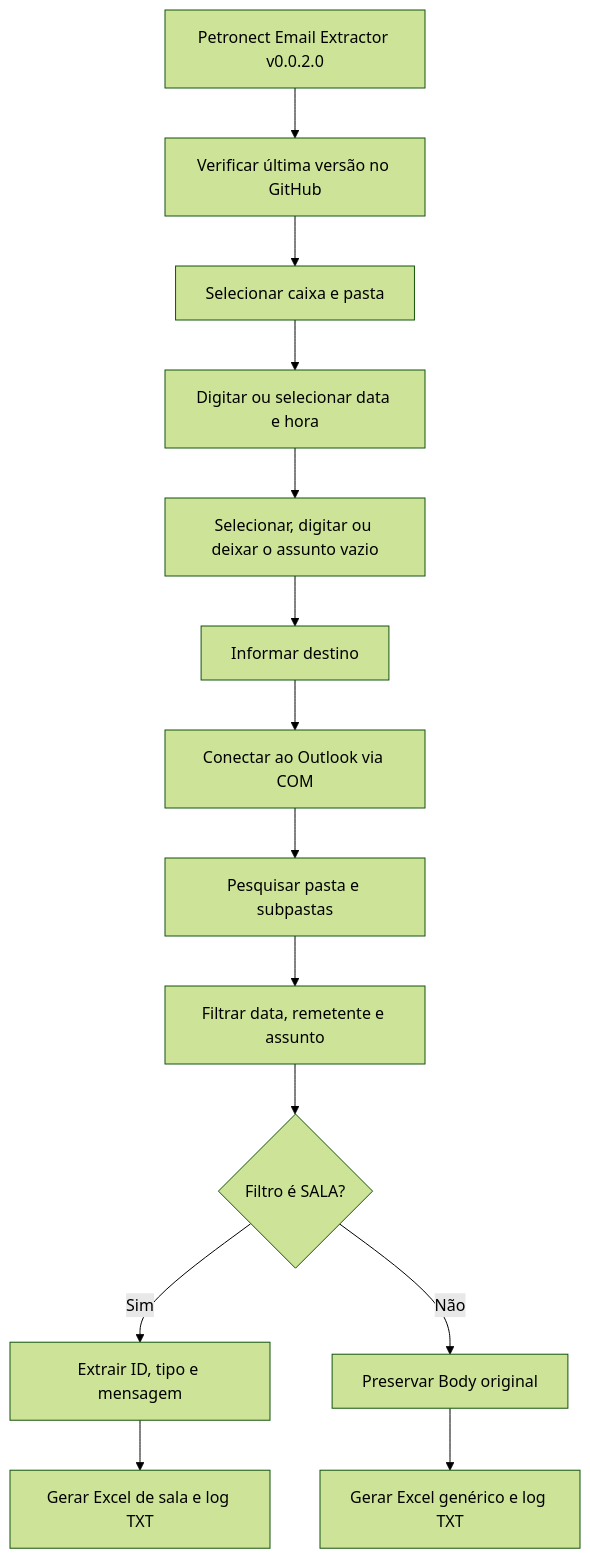
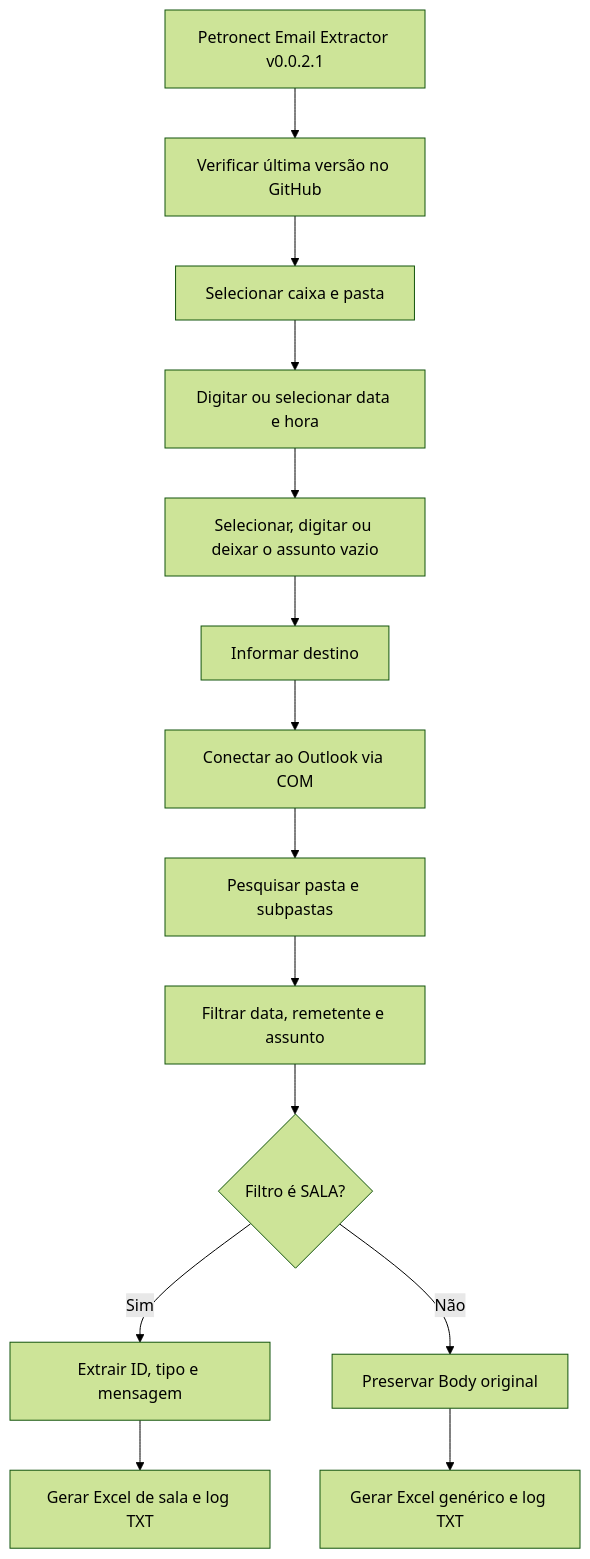
Before and after one commit to Marcus300/petronect-email-extractor: the diagram in docs/FLUXOGRAMA.mmd, drawn with Mermaid (forest theme). The commit also changed 20 other files, not shown here.

```diff
--- a/docs/FLUXOGRAMA.mmd
+++ b/docs/FLUXOGRAMA.mmd
@@ -1,14 +1,14 @@
 flowchart TD
-    A[Petronect Email Extractor v0.0.2.0] --> B[Verificar última versão no GitHub]
+    A[Petronect Email Extractor v0.0.2.1] --> B[Verificar última versão no GitHub]
     B --> C[Selecionar caixa e pasta]
     C --> D[Digitar ou selecionar data e hora]
     D --> E[Selecionar, digitar ou deixar o assunto vazio]
     E --> E2[Informar destino]
     E2 --> F[Conectar ao Outlook via COM]
     F --> G[Pesquisar pasta e subpastas]
     G --> H[Filtrar data, remetente e assunto]
     H --> I{Filtro é SALA?}
     I -->|Sim| J[Extrair ID, tipo e mensagem]
     I -->|Não| K[Preservar Body original]
     J --> L[Gerar Excel de sala e log TXT]
     K --> M[Gerar Excel genérico e log TXT]
```
